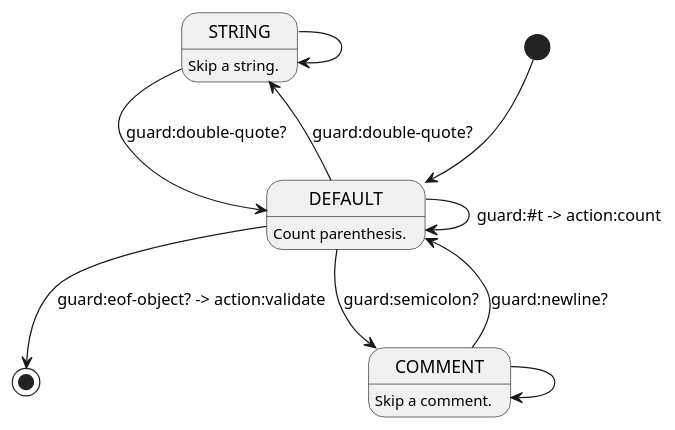
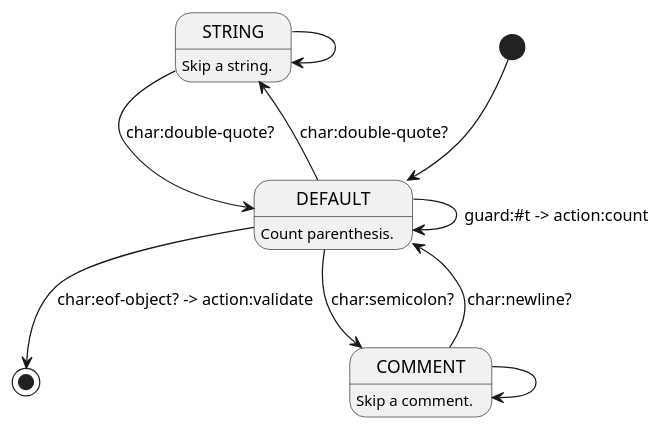
The diagram in examples/parenthesis-check/fsm.puml (artyom-poptsov/guile-smc), drawn with PlantUML before and after one commit. The commit also changed 1 other file, not shown here.

```diff
--- a/examples/parenthesis-check/fsm.puml
+++ b/examples/parenthesis-check/fsm.puml
@@ -1,16 +1,16 @@
 @startuml
 [*] --> DEFAULT
 DEFAULT: Count parenthesis.
-DEFAULT --> [*]: guard:eof-object? -> action:validate
-DEFAULT --> COMMENT: guard:semicolon?
-DEFAULT --> STRING: guard:double-quote?
+DEFAULT --> [*]: char:eof-object? -> action:validate
+DEFAULT --> COMMENT: char:semicolon?
+DEFAULT --> STRING: char:double-quote?
 DEFAULT --> DEFAULT: guard:#t -> action:count
 
 COMMENT: Skip a comment.
-COMMENT --> DEFAULT: guard:newline?
+COMMENT --> DEFAULT: char:newline?
 COMMENT --> COMMENT
 
 STRING: Skip a string.
-STRING --> DEFAULT: guard:double-quote?
+STRING --> DEFAULT: char:double-quote?
 STRING -> STRING
 @enduml
```
